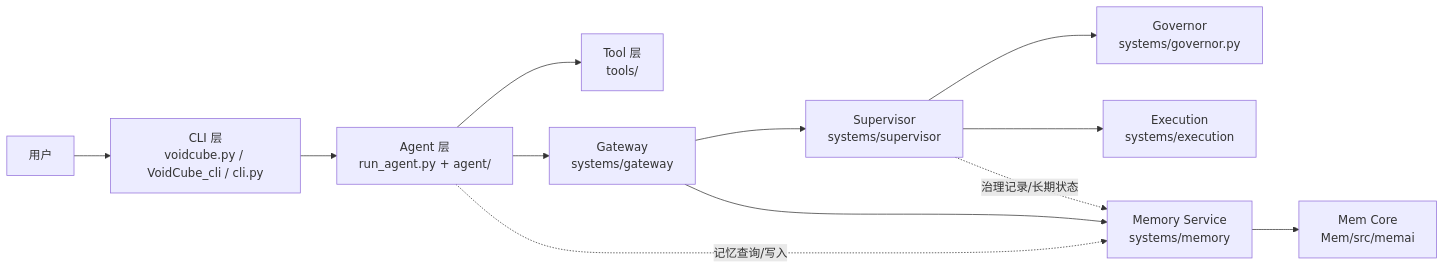
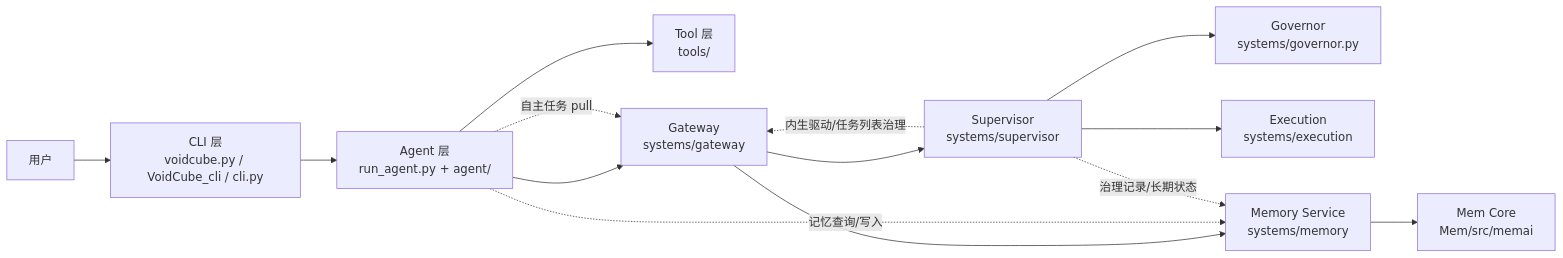
One commit to LSgit-hub/VoidCube changed the second of 2 diagrams in docs/项目文件架构说明.md. Above: the diagram before and after it, drawn with Mermaid. The commit also changed other lines of this file and 6 other files, not shown here.

First line of the commit message:
docs: Update documentation to reflect changes in supervisor semantics and architecture

````diff
--- a/docs/项目文件架构说明.md
+++ b/docs/项目文件架构说明.md
@@ -66,25 +72,27 @@
 ```mermaid
 flowchart LR
     User[用户]
     CLI[CLI 层<br/>voidcube.py / VoidCube_cli / cli.py]
     Agent[Agent 层<br/>run_agent.py + agent/]
     Tools[Tool 层<br/>tools/]
     Gateway[Gateway<br/>systems/gateway]
     Supervisor[Supervisor<br/>systems/supervisor]
     Governor[Governor<br/>systems/governor.py]
     Execution[Execution<br/>systems/execution]
     MemorySvc[Memory Service<br/>systems/memory]
     MemCore[Mem Core<br/>Mem/src/memai]
 
     User --> CLI
     CLI --> Agent
     Agent --> Tools
     Agent --> Gateway
     Gateway --> Supervisor
     Supervisor --> Governor
     Supervisor --> Execution
     Gateway --> MemorySvc
     MemorySvc --> MemCore
     Agent -.记忆查询/写入.-> MemorySvc
+    Agent -.自主任务 pull.-> Gateway
     Supervisor -.治理记录/长期状态.-> MemorySvc
+    Supervisor -.内生驱动/任务列表治理.-> Gateway
 ```
````
